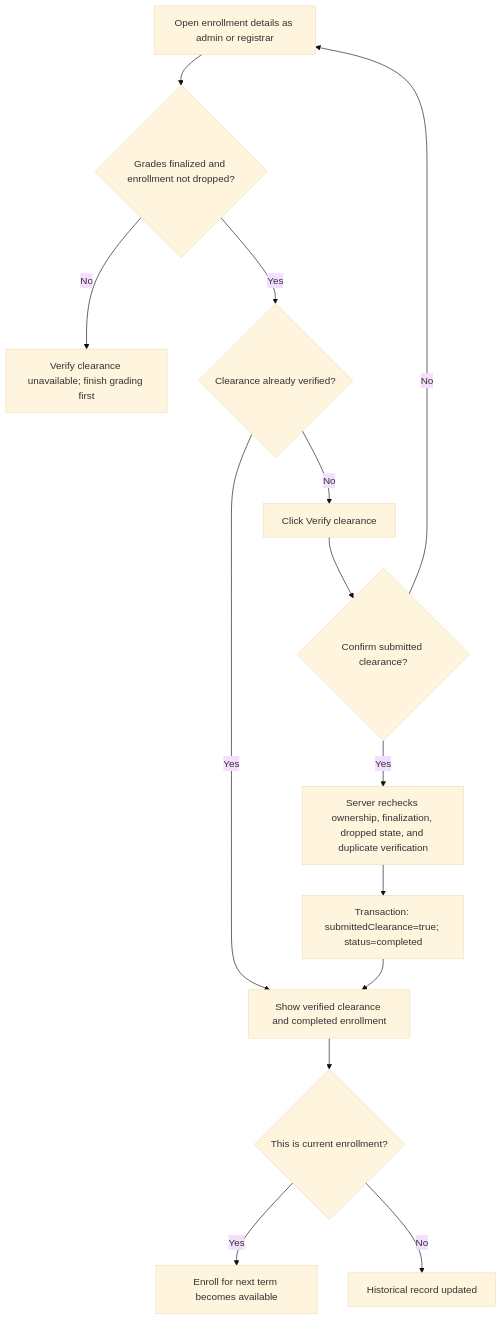
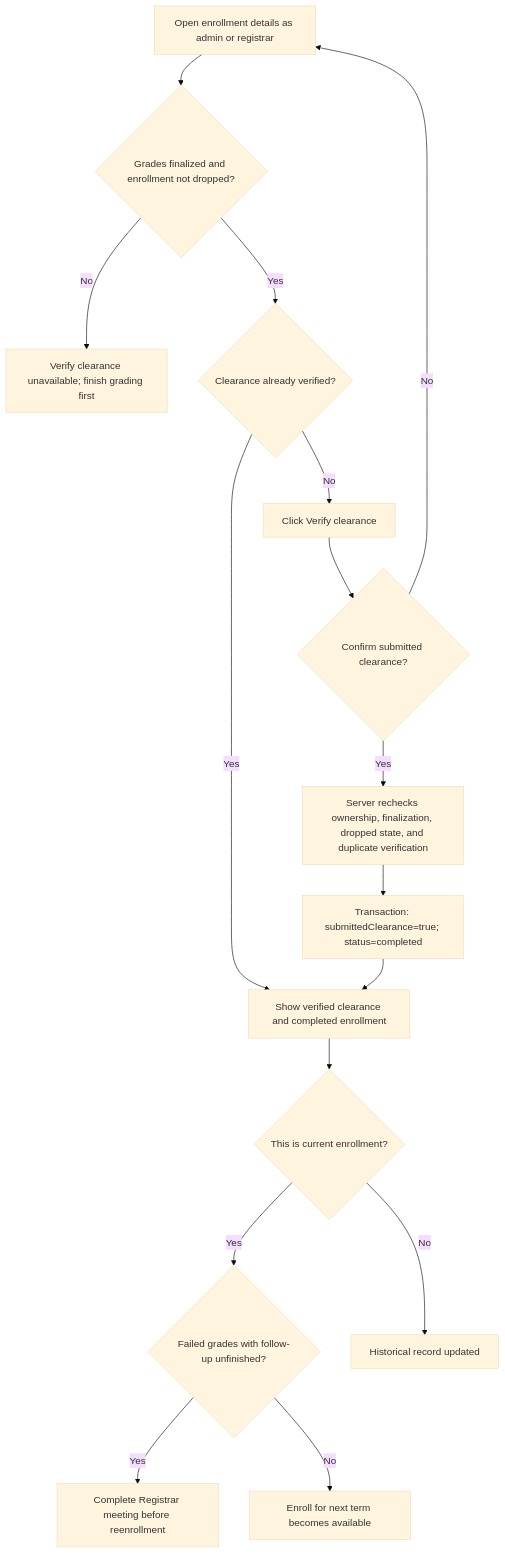
Before and after one commit to AetherKnowledge/enrollment-system: the eighth of 16 diagrams in docs/system-flows.md, drawn with Mermaid (base theme). The commit also changed other lines of this file and 10 other files, not shown here.

Commit message:
fix(enrollment): require meetings for failed grades

````diff
--- a/docs/system-flows.md
+++ b/docs/system-flows.md
@@ -278,16 +291,18 @@
 ```mermaid
 flowchart TD
     View[Open enrollment details as admin or registrar] --> Final{Grades finalized and enrollment not dropped?}
     Final -->|No| Wait[Verify clearance unavailable; finish grading first]
     Final -->|Yes| Verified{Clearance already verified?}
     Verified -->|Yes| Complete[Show verified clearance and completed enrollment]
     Verified -->|No| Click[Click Verify clearance]
     Click --> Confirm{Confirm submitted clearance?}
     Confirm -->|No| View
     Confirm -->|Yes| Check[Server rechecks ownership, finalization, dropped state, and duplicate verification]
     Check --> Commit[Transaction: submittedClearance=true; status=completed]
     Commit --> Complete
     Complete --> Current{This is current enrollment?}
-    Current -->|Yes| Next[Enroll for next term becomes available]
+    Current -->|Yes| Meeting{Failed grades with follow-up unfinished?}
+    Meeting -->|Yes| FollowUp[Complete Registrar meeting before reenrollment]
+    Meeting -->|No| Next[Enroll for next term becomes available]
     Current -->|No| History[Historical record updated]
 ```
````
